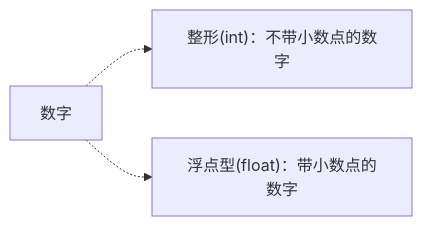
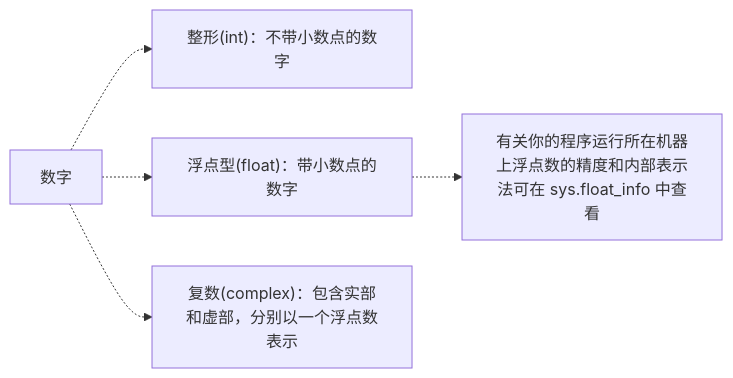
Before and after one commit to headsir/file20230214: the first of 7 diagrams in python/学习笔记/Python学习.md, drawn with Mermaid. The commit also changed other lines of this file and 1 other file, not shown here.

````diff
--- a/python/学习笔记/Python学习.md
+++ b/python/学习笔记/Python学习.md
@@ -283,5 +283,8 @@
 ```mermaid
 graph LR
 	id1[数字] -.-> id2["整形(int)：不带小数点的数字"]
 	id1[数字] -.-> id3["浮点型(float)：带小数点的数字"]
+	id1[数字] -.-> id4["复数(complex)：包含实部和虚部，分别以一个浮点数表示"]
+	
+	id3-.->id5["有关你的程序运行所在机器上浮点数的精度和内部表示法可在 sys.float_info 中查看"]
 ```
````
